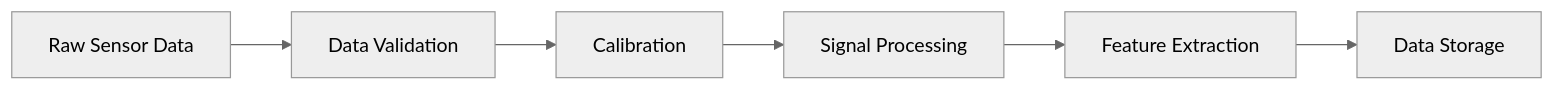
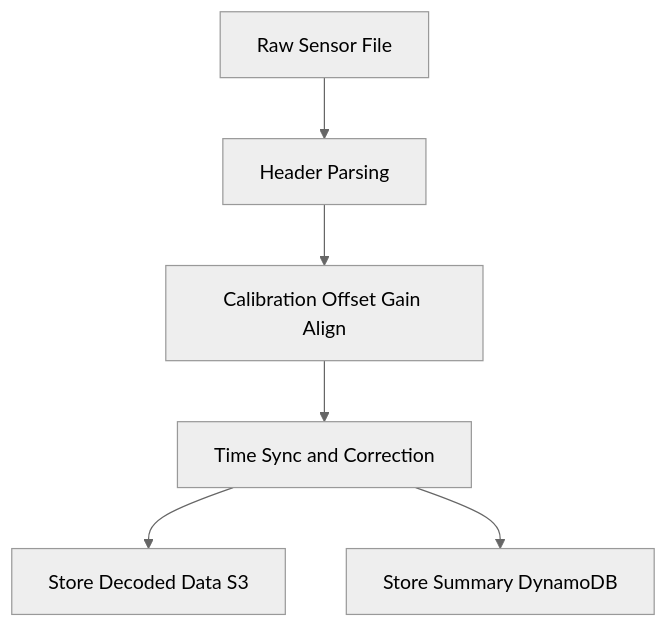
Before and after one commit to shimmerumass/shimmerumass: the fifth of 5 diagrams in docs/architecture.md, drawn with Mermaid (neutral theme). The commit also changed other lines of this file, not shown here.

Commit message:
Refactor system architecture documentation to improve clarity and detail, including updated diagrams and subsystem descriptions.

````diff
--- a/docs/architecture.md
+++ b/docs/architecture.md
@@ -52,8 +219,8 @@
 ```mermaid
-graph LR
-    A[Raw Sensor Data] --> B[Data Validation]
-    B --> C[Calibration]
-    C --> D[Signal Processing]
-    D --> E[Feature Extraction]
-    E --> F[Data Storage]
+graph TB
+    A[Raw Sensor File] --> B[Header Parsing]
+    B --> C[Calibration Offset Gain Align]
+    C --> D[Time Sync and Correction]
+    D --> F[Store Decoded Data S3]
+    D --> G[Store Summary DynamoDB]
 ```
````
